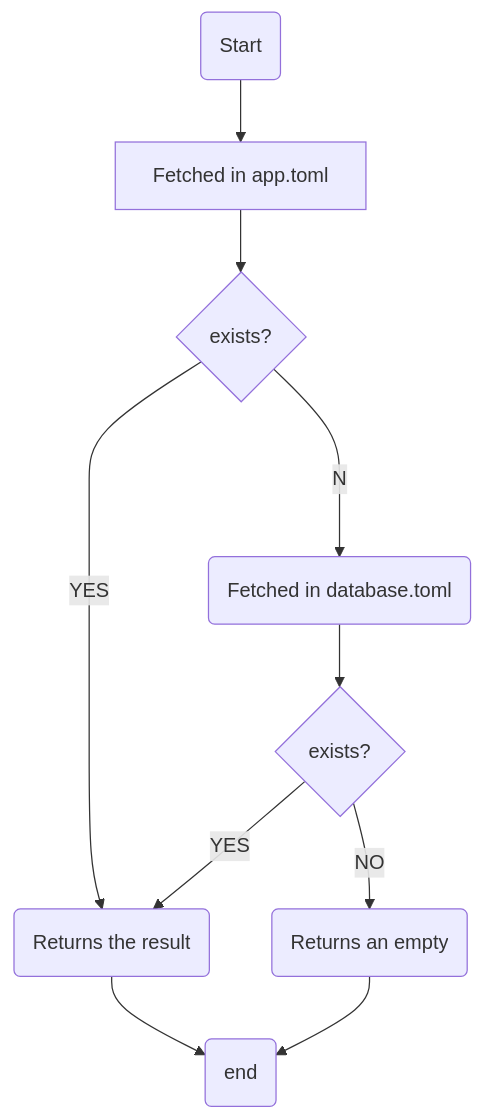
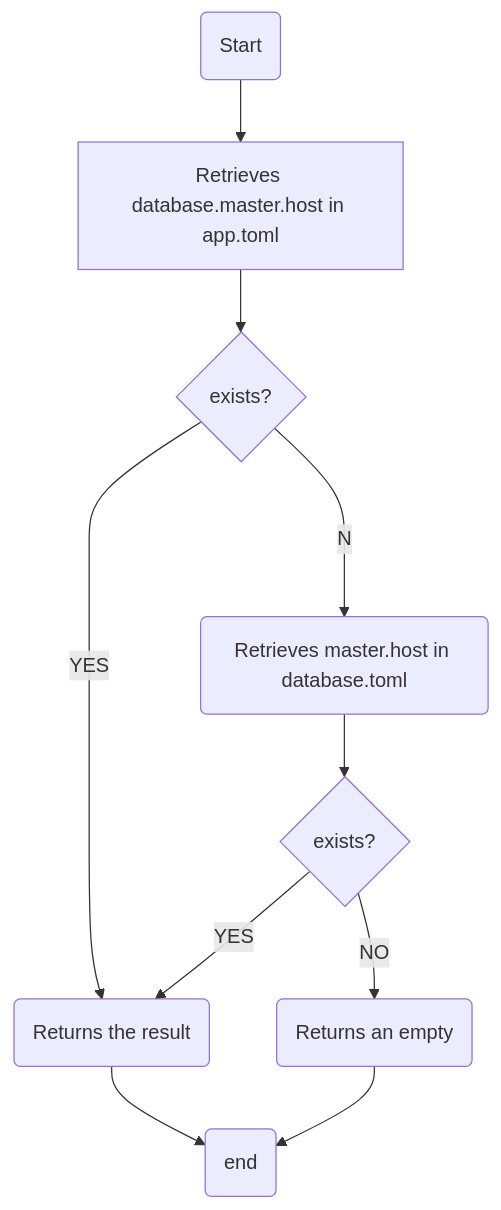
The diagram in README.md (kisschou/tdog), drawn with Mermaid before and after one commit. The commit also changed other lines of this file and 1 other file, not shown here.

````diff
--- a/README.md
+++ b/README.md
@@ -1044,12 +1044,12 @@
 ```mermaid
 graph TB
-	A(Start) --> B[Fetched in app.toml]
+	A(Start) --> B[Retrieves database.master.host in app.toml]
   B --> C{exists?}
   C --YES--> D(Returns the result) 
-	C --No--> C1(Fetched in database.toml)
+	C --No--> C1(Retrieves master.host in database.toml)
 	D --> E(end)
 	C1 --> D1{exists?}
 	D1 --YES--> D
 	D1 --NO--> D2(Returns an empty)
 	D2 --> E
 ```
````
